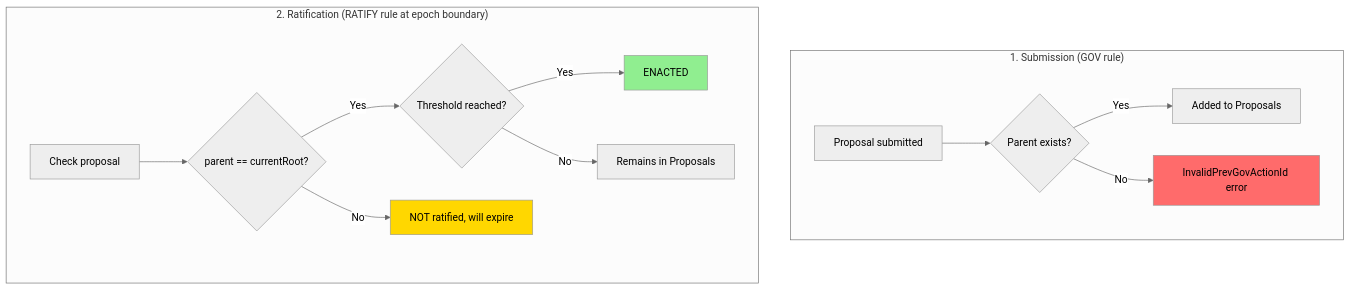
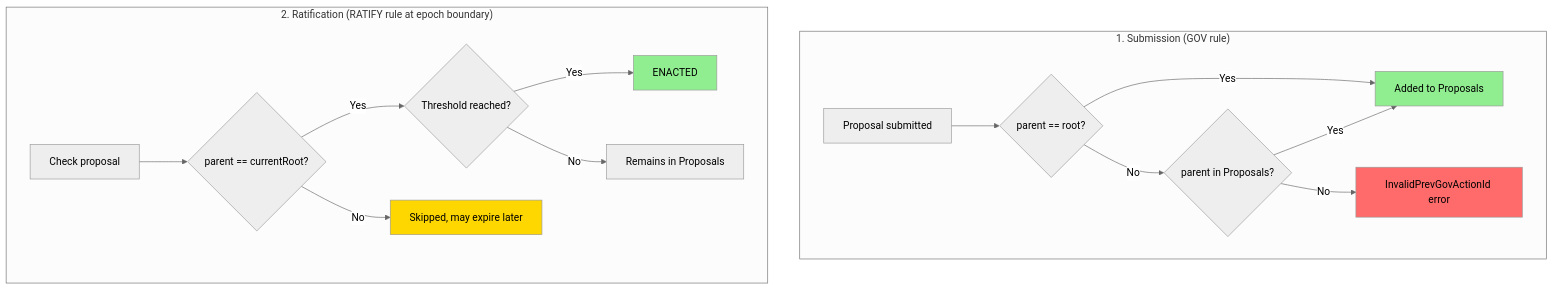
The second of 8 diagrams in previous-gov-action-id.md (cardananium/cardano-handbook), drawn with Mermaid (neutral theme) before and after one commit. The commit also changed other lines of this file, not shown here.

````diff
--- a/previous-gov-action-id.md
+++ b/previous-gov-action-id.md
@@ -43,19 +43,22 @@
 ```mermaid
 flowchart TD
     subgraph "1. Submission (GOV rule)"
-        S1[Proposal submitted] --> S2{Parent exists?}
+        S1[Proposal submitted] --> S2{parent == root?}
         S2 -->|Yes| S3[Added to Proposals]
-        S2 -->|No| S4[InvalidPrevGovActionId error]
+        S2 -->|No| S5{parent in Proposals?}
+        S5 -->|Yes| S3
+        S5 -->|No| S4[InvalidPrevGovActionId error]
         style S4 fill:#FF6B6B
+        style S3 fill:#90EE90
     end
 
     subgraph "2. Ratification (RATIFY rule at epoch boundary)"
         R1[Check proposal] --> R2{parent == currentRoot?}
         R2 -->|Yes| R3{Threshold reached?}
         R3 -->|Yes| R4[ENACTED]
         R3 -->|No| R5[Remains in Proposals]
-        R2 -->|No| R6[NOT ratified, will expire]
+        R2 -->|No| R6[Skipped, may expire later]
         style R4 fill:#90EE90
         style R6 fill:#FFD700
     end
 ```
````
